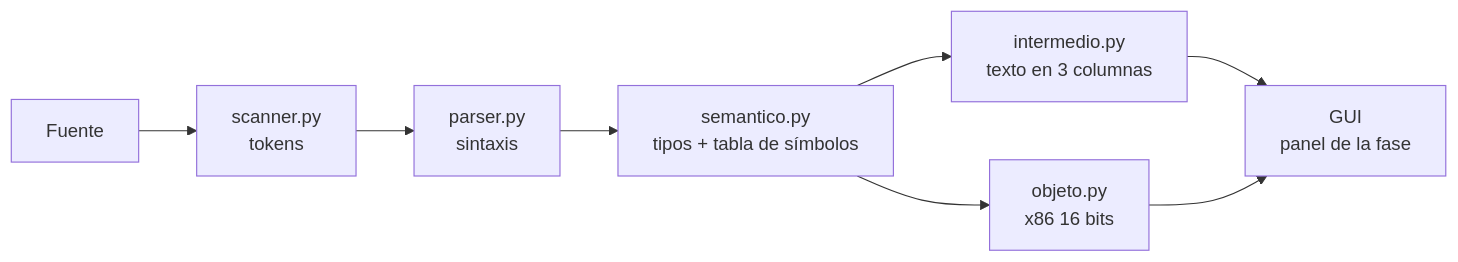
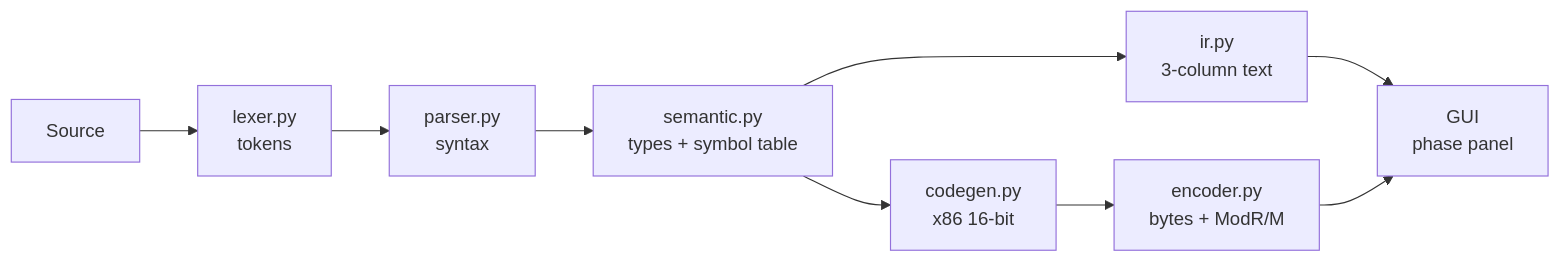
Before and after one commit to jsvdr/pyngoc: the diagram in README.md, drawn with Mermaid. The commit also changed other lines of this file and 46 other files, not shown here.

````diff
--- a/README.md
+++ b/README.md
@@ -15,10 +17,11 @@
 ```mermaid
 flowchart LR
-    F["Fuente"] --> T["scanner.py<br/>tokens"]
-    T --> P["parser.py<br/>sintaxis"]
-    P --> S["semantico.py<br/>tipos + tabla de símbolos"]
-    S --> I["intermedio.py<br/>texto en 3 columnas"]
-    S --> O["objeto.py<br/>x86 16 bits"]
-    I --> G["GUI<br/>panel de la fase"]
-    O --> G
+    S["Source"] --> L["lexer.py<br/>tokens"]
+    L --> P["parser.py<br/>syntax"]
+    P --> M["semantic.py<br/>types + symbol table"]
+    M --> I["ir.py<br/>3-column text"]
+    M --> C["codegen.py<br/>x86 16-bit"]
+    C --> E["encoder.py<br/>bytes + ModR/M"]
+    I --> G["GUI<br/>phase panel"]
+    E --> G
 ```
````
